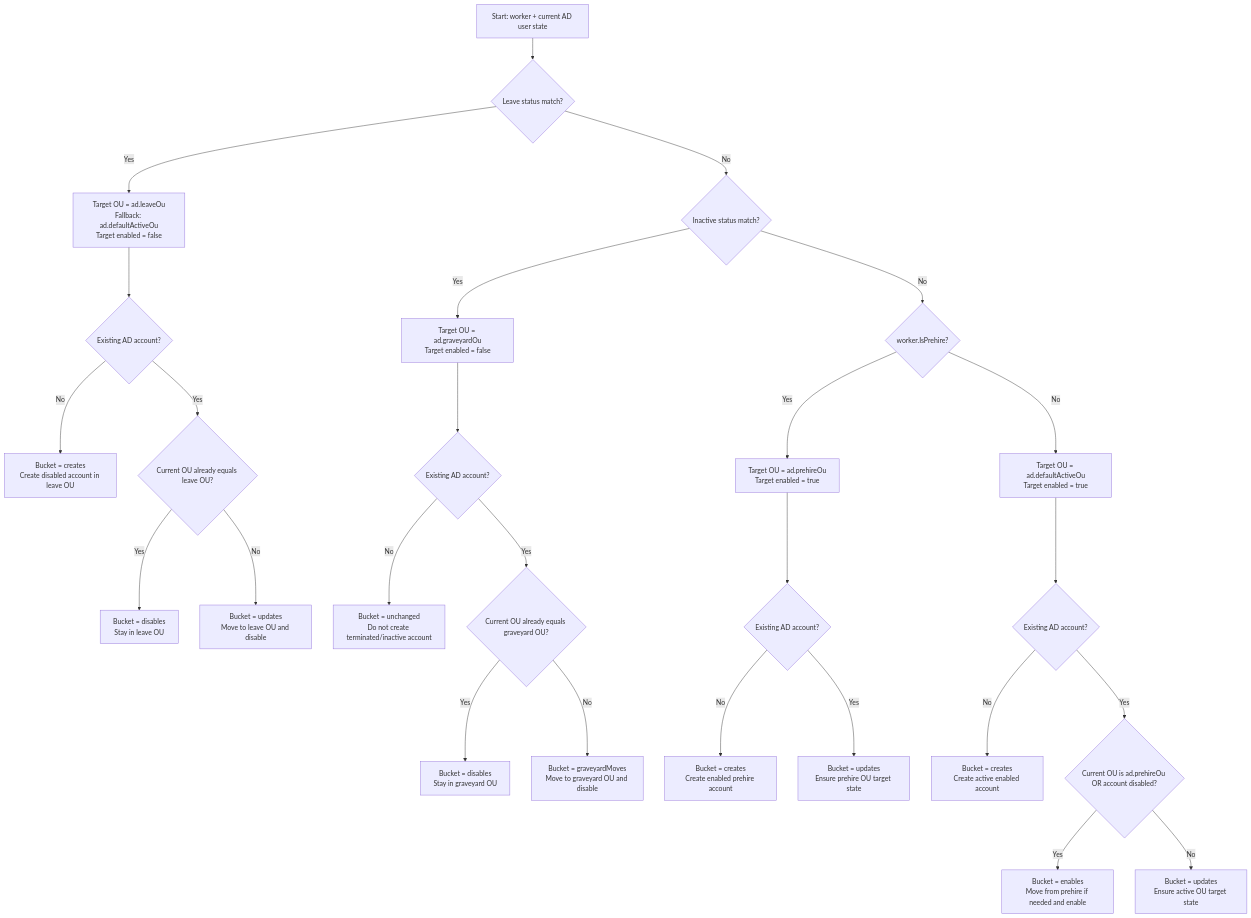
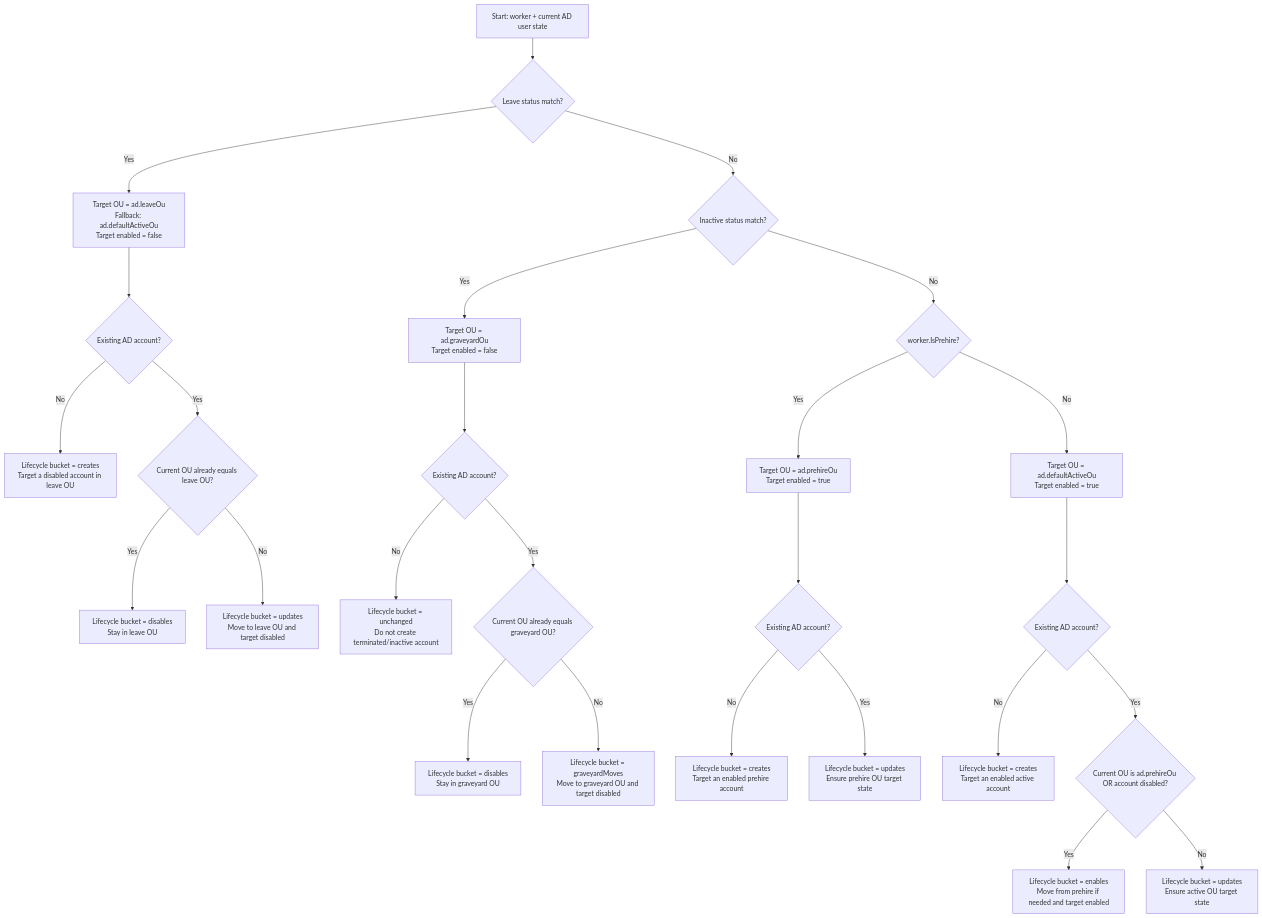
The diagram in docs/ou-decision-tree.md (0Downtime/syncfactors), drawn with Mermaid before and after one commit. The commit also changed other lines of this file and 1 other file, not shown here.

````diff
--- a/docs/ou-decision-tree.md
+++ b/docs/ou-decision-tree.md
@@ -7,32 +9,32 @@
 ```mermaid
 flowchart TD
     A["Start: worker + current AD user state"] --> B{"Leave status match?"}
 
     B -->|Yes| C["Target OU = ad.leaveOu<br/>Fallback: ad.defaultActiveOu<br/>Target enabled = false"]
     C --> D{"Existing AD account?"}
-    D -->|No| E["Bucket = creates<br/>Create disabled account in leave OU"]
+    D -->|No| E["Lifecycle bucket = creates<br/>Target a disabled account in leave OU"]
     D -->|Yes| F{"Current OU already equals leave OU?"}
-    F -->|Yes| G["Bucket = disables<br/>Stay in leave OU"]
-    F -->|No| H["Bucket = updates<br/>Move to leave OU and disable"]
+    F -->|Yes| G["Lifecycle bucket = disables<br/>Stay in leave OU"]
+    F -->|No| H["Lifecycle bucket = updates<br/>Move to leave OU and target disabled"]
 
     B -->|No| I{"Inactive status match?"}
     I -->|Yes| J["Target OU = ad.graveyardOu<br/>Target enabled = false"]
     J --> K{"Existing AD account?"}
-    K -->|No| L["Bucket = unchanged<br/>Do not create terminated/inactive account"]
+    K -->|No| L["Lifecycle bucket = unchanged<br/>Do not create terminated/inactive account"]
     K -->|Yes| M{"Current OU already equals graveyard OU?"}
-    M -->|Yes| N["Bucket = disables<br/>Stay in graveyard OU"]
-    M -->|No| O["Bucket = graveyardMoves<br/>Move to graveyard OU and disable"]
+    M -->|Yes| N["Lifecycle bucket = disables<br/>Stay in graveyard OU"]
+    M -->|No| O["Lifecycle bucket = graveyardMoves<br/>Move to graveyard OU and target disabled"]
 
     I -->|No| P{"worker.IsPrehire?"}
     P -->|Yes| Q["Target OU = ad.prehireOu<br/>Target enabled = true"]
     Q --> R{"Existing AD account?"}
-    R -->|No| S["Bucket = creates<br/>Create enabled prehire account"]
-    R -->|Yes| T["Bucket = updates<br/>Ensure prehire OU target state"]
+    R -->|No| S["Lifecycle bucket = creates<br/>Target an enabled prehire account"]
+    R -->|Yes| T["Lifecycle bucket = updates<br/>Ensure prehire OU target state"]
 
     P -->|No| U["Target OU = ad.defaultActiveOu<br/>Target enabled = true"]
     U --> V{"Existing AD account?"}
-    V -->|No| W["Bucket = creates<br/>Create active enabled account"]
+    V -->|No| W["Lifecycle bucket = creates<br/>Target an enabled active account"]
     V -->|Yes| X{"Current OU is ad.prehireOu OR account disabled?"}
-    X -->|Yes| Y["Bucket = enables<br/>Move from prehire if needed and enable"]
-    X -->|No| Z["Bucket = updates<br/>Ensure active OU target state"]
+    X -->|Yes| Y["Lifecycle bucket = enables<br/>Move from prehire if needed and target enabled"]
+    X -->|No| Z["Lifecycle bucket = updates<br/>Ensure active OU target state"]
 ```
````
